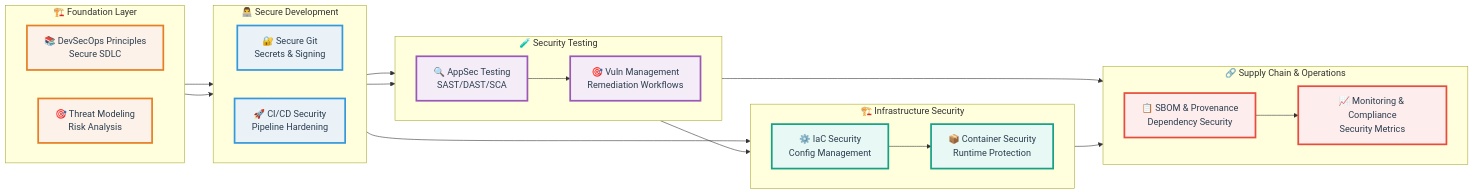
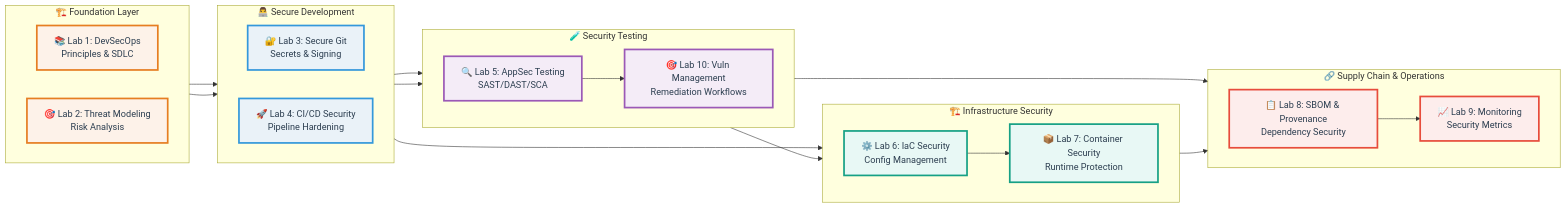
One commit to scruffyscarf/F25-DevSecOps-Intro changed the second of 3 diagrams in README.md. Above: the diagram before and after it, drawn with Mermaid. The commit also changed other lines of this file and 20 other files, not shown here.

````diff
--- a/README.md
+++ b/README.md
@@ -90,56 +95,56 @@
 ```mermaid
 flowchart LR
     subgraph "🔗 Supply Chain & Operations"
         direction LR
-        H[📋 SBOM & Provenance<br/>Dependency Security]
-        I[📈 Monitoring & Compliance<br/>Security Metrics]
+        H[📋 Lab 8: SBOM & Provenance<br/>Dependency Security]
+        I[📈 Lab 9: Monitoring<br/>Security Metrics]
     end
     
     subgraph "🏗️ Infrastructure Security"
         direction LR
-        F[⚙️ IaC Security<br/>Config Management]
-        G[📦 Container Security<br/>Runtime Protection]
+        F[⚙️ Lab 6: IaC Security<br/>Config Management]
+        G[📦 Lab 7: Container Security<br/>Runtime Protection]
     end
     
     subgraph "🧪 Security Testing"
         direction LR
-        E[🔍 AppSec Testing<br/>SAST/DAST/SCA]
-        J[🎯 Vuln Management<br/>Remediation Workflows]
+        E[🔍 Lab 5: AppSec Testing<br/>SAST/DAST/SCA]
+        J[🎯 Lab 10: Vuln Management<br/>Remediation Workflows]
     end
     
     subgraph "👨‍💻 Secure Development"
         direction LR
-        C[🔐 Secure Git<br/>Secrets & Signing]
-        D[🚀 CI/CD Security<br/>Pipeline Hardening]
+        C[🔐 Lab 3: Secure Git<br/>Secrets & Signing]
+        D[🚀 Lab 4: CI/CD Security<br/>Pipeline Hardening]
     end
     
     subgraph "🏗️ Foundation Layer"
         direction LR
-        A[📚 DevSecOps Principles<br/>Secure SDLC]
-        B[🎯 Threat Modeling<br/>Risk Analysis]
+        A[📚 Lab 1: DevSecOps<br/>Principles & SDLC]
+        B[🎯 Lab 2: Threat Modeling<br/>Risk Analysis]
     end
     
     A --> C
     B --> C
     C --> E
     D --> E
     D --> F
     E --> F
     F --> G
     G --> H
     H --> I
     E --> J
     J --> I
     
     classDef foundation fill:#fdf2e9,stroke:#e67e22,stroke-width:3px,color:#2c3e50
     classDef development fill:#eaf2f8,stroke:#3498db,stroke-width:3px,color:#2c3e50
     classDef testing fill:#f4ecf7,stroke:#9b59b6,stroke-width:3px,color:#2c3e50
     classDef infrastructure fill:#e8f8f5,stroke:#16a085,stroke-width:3px,color:#2c3e50
     classDef operations fill:#fdedec,stroke:#e74c3c,stroke-width:3px,color:#2c3e50
     
     class A,B foundation
     class C,D development
     class E,J testing
     class F,G infrastructure
     class H,I operations
 ```
````
